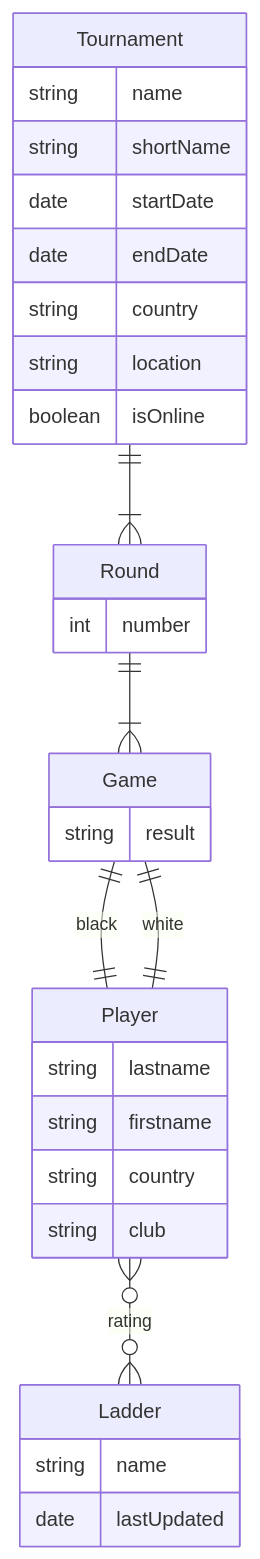
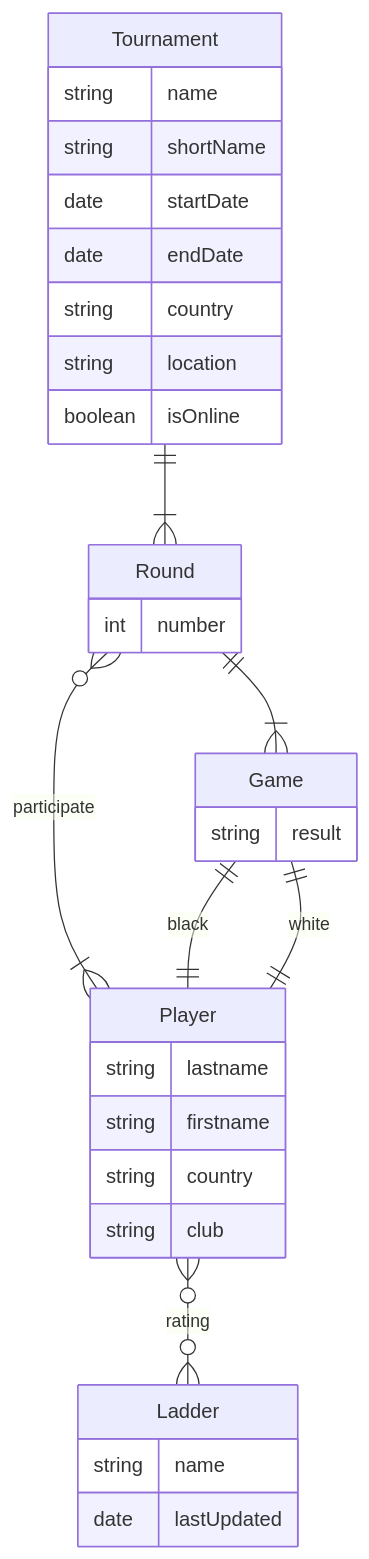
One commit to ffrgo/pairgoth changed the diagram in model/model.md. Above: the diagram before and after it, drawn with Mermaid.

Commit message:
Add participation link

````diff
--- a/model/model.md
+++ b/model/model.md
@@ -5,44 +5,45 @@
 ```mermaid
 erDiagram
 
   %% entities
 
   Tournament {
     string name
     string shortName
     date startDate
     date endDate
     string country
     string location
     boolean isOnline
   }
 
   Round {
     int number
   }
 
   Game {
     string result
   }
 
   Player {
     string lastname
     string firstname
     string country
     string club
   }
 
   Ladder {
     string name
     date lastUpdated
   }
   
   %% relationships
 
   Tournament ||--|{ Round: ""
+  Round }o--|{ Player: "participate"
   Round ||--|{ Game: ""
   Game ||--|| Player: "black"
   Game ||--|| Player: "white"
   Player }o--o{ Ladder: "rating"
   
 ```
````
